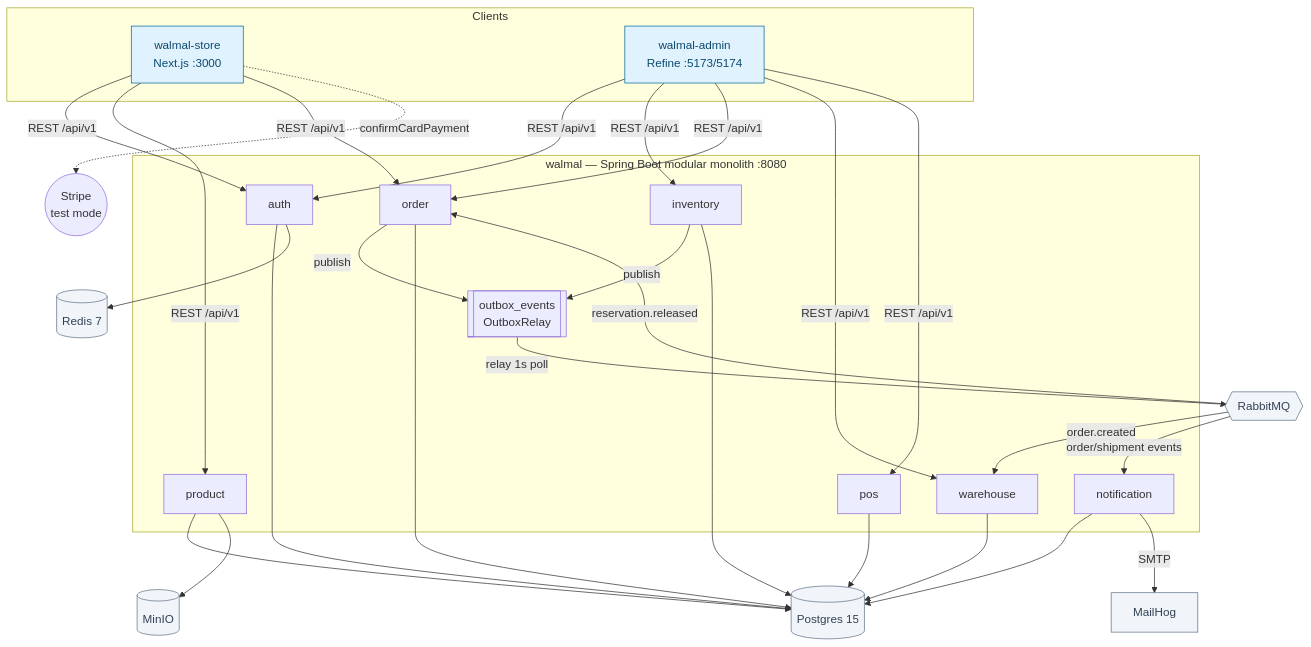
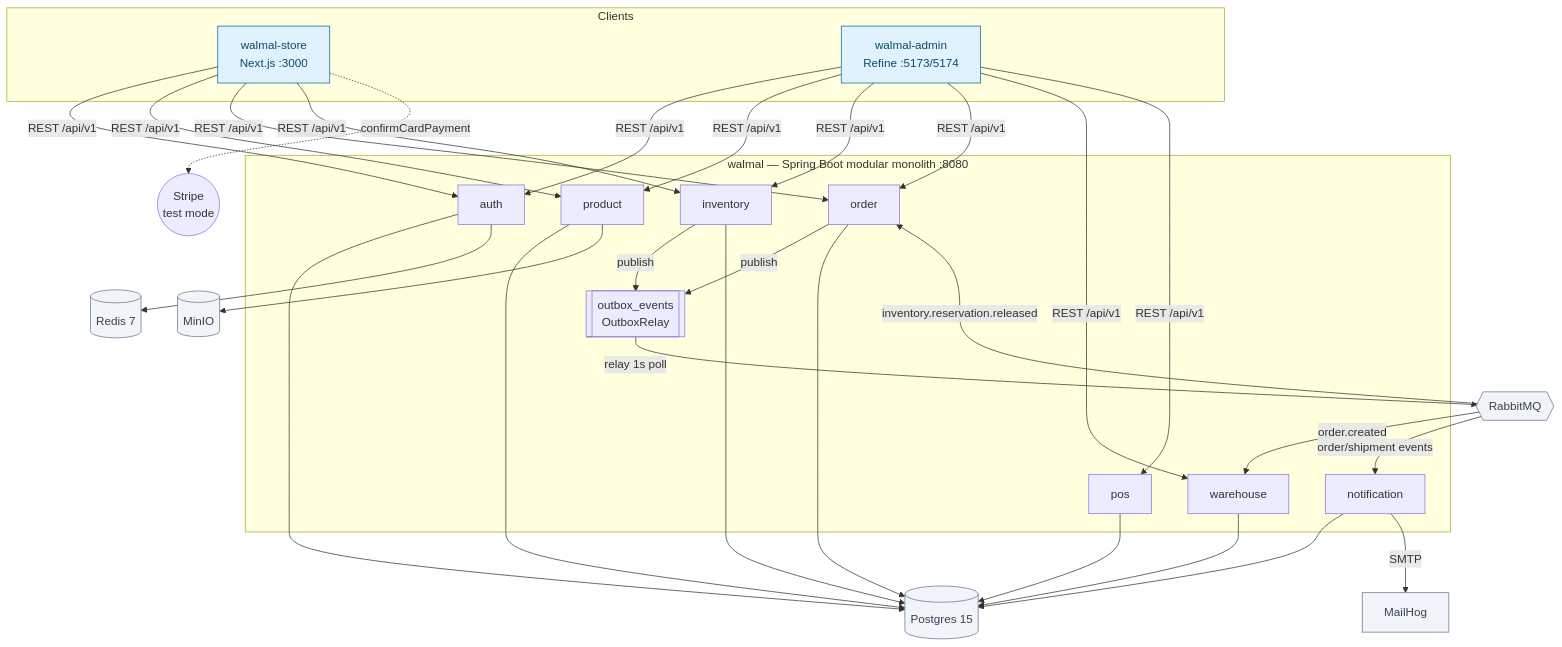
Before and after one commit to YeHtutAung/walmal: the diagram in README.md, drawn with Mermaid. The commit also changed other lines of this file and 3 other files, not shown here.

````diff
--- a/README.md
+++ b/README.md
@@ -16,59 +16,61 @@
 ```mermaid
 graph TB
     subgraph clients["Clients"]
         Store["walmal-store<br/>Next.js :3000"]
         Admin["walmal-admin<br/>Refine :5173/5174"]
     end
 
     Stripe(("Stripe<br/>test mode"))
 
     subgraph backend["walmal — Spring Boot modular monolith :8080"]
         Auth["auth"]
         Product["product"]
         Inventory["inventory"]
         Order["order"]
         Pos["pos"]
         Warehouse["warehouse"]
         Notification["notification"]
         Outbox[["outbox_events<br/>OutboxRelay"]]
     end
 
     Postgres[("Postgres 15")]
     Redis[("Redis 7")]
     Rabbit{{"RabbitMQ"}}
     Minio[("MinIO")]
     Mailhog["MailHog"]
 
     Store -->|"REST /api/v1"| Auth
     Store -->|"REST /api/v1"| Product
     Store -->|"REST /api/v1"| Order
+    Store -->|"REST /api/v1"| Inventory
     Store -.->|"confirmCardPayment"| Stripe
     Admin -->|"REST /api/v1"| Auth
+    Admin -->|"REST /api/v1"| Product
     Admin -->|"REST /api/v1"| Inventory
     Admin -->|"REST /api/v1"| Order
     Admin -->|"REST /api/v1"| Warehouse
     Admin -->|"REST /api/v1"| Pos
 
     Order -->|"publish"| Outbox
     Inventory -->|"publish"| Outbox
     Outbox -->|"relay 1s poll"| Rabbit
     Rabbit -->|"order.created"| Warehouse
-    Rabbit -->|"reservation.released"| Order
+    Rabbit -->|"inventory.reservation.released"| Order
     Rabbit -->|"order/shipment events"| Notification
 
     Auth --> Postgres
     Product --> Postgres
     Inventory --> Postgres
     Order --> Postgres
     Pos --> Postgres
     Warehouse --> Postgres
     Notification --> Postgres
     Auth --> Redis
     Product --> Minio
     Notification -->|"SMTP"| Mailhog
 
     classDef client fill:#e0f2fe,stroke:#0369a1,color:#0c4a6e;
     classDef infra fill:#f1f5f9,stroke:#64748b,color:#334155;
     class Store,Admin client;
     class Postgres,Redis,Rabbit,Minio,Mailhog infra;
 ```
````
